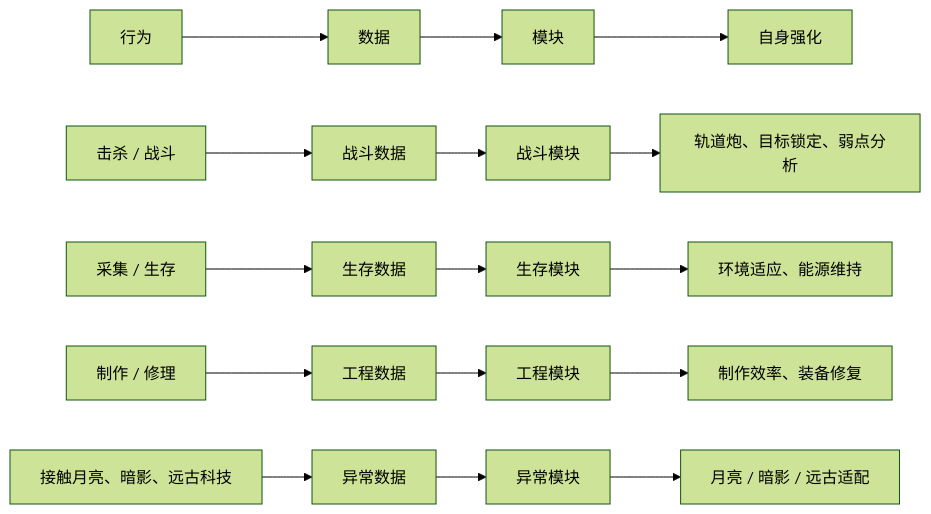
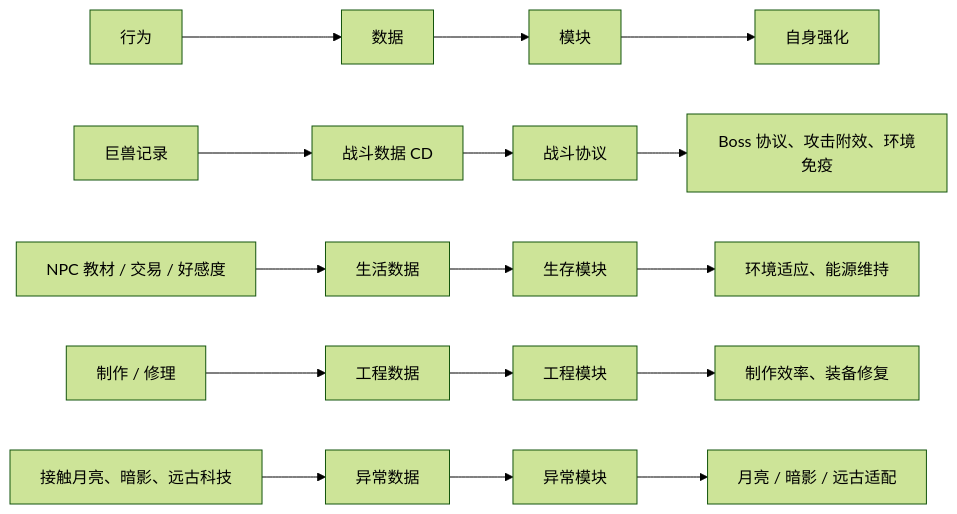
One commit to Caihangnnn/DST-Mod-Tendou-Kei changed the second of 4 diagrams in Design/Kei_Initial_Design_Map.md. Above: the diagram before and after it, drawn with Mermaid (forest theme). The commit also changed other lines of this file and 17 other files, not shown here.

````diff
--- a/Design/Kei_Initial_Design_Map.md
+++ b/Design/Kei_Initial_Design_Map.md
@@ -90,21 +96,21 @@
 ```mermaid
 flowchart LR
     A["行为"] --> B["数据"]
     B --> C["模块"]
     C --> D["自身强化"]
 
-    A1["击杀 / 战斗"] --> B1["战斗数据"]
-    A2["采集 / 生存"] --> B2["生存数据"]
+    A1["巨兽记录"] --> B1["战斗数据 CD"]
+    A2["NPC 教材 / 交易 / 好感度"] --> B2["生活数据"]
     A3["制作 / 修理"] --> B3["工程数据"]
     A4["接触月亮、暗影、远古科技"] --> B4["异常数据"]
 
-    B1 --> C1["战斗模块"]
+    B1 --> C1["战斗协议"]
     B2 --> C2["生存模块"]
     B3 --> C3["工程模块"]
     B4 --> C4["异常模块"]
 
-    C1 --> D1["轨道炮、目标锁定、弱点分析"]
+    C1 --> D1["Boss 协议、攻击附效、环境免疫"]
     C2 --> D2["环境适应、能源维持"]
     C3 --> D3["制作效率、装备修复"]
     C4 --> D4["月亮 / 暗影 / 远古适配"]
 ```
````
